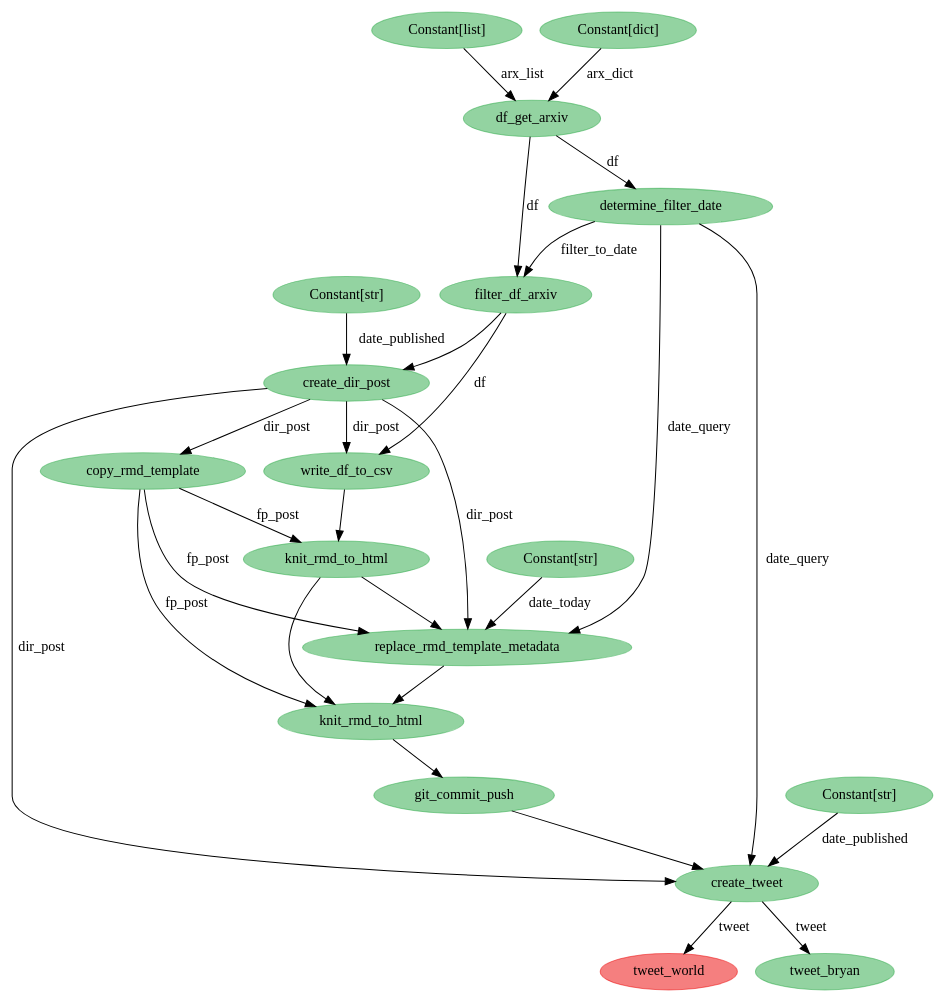
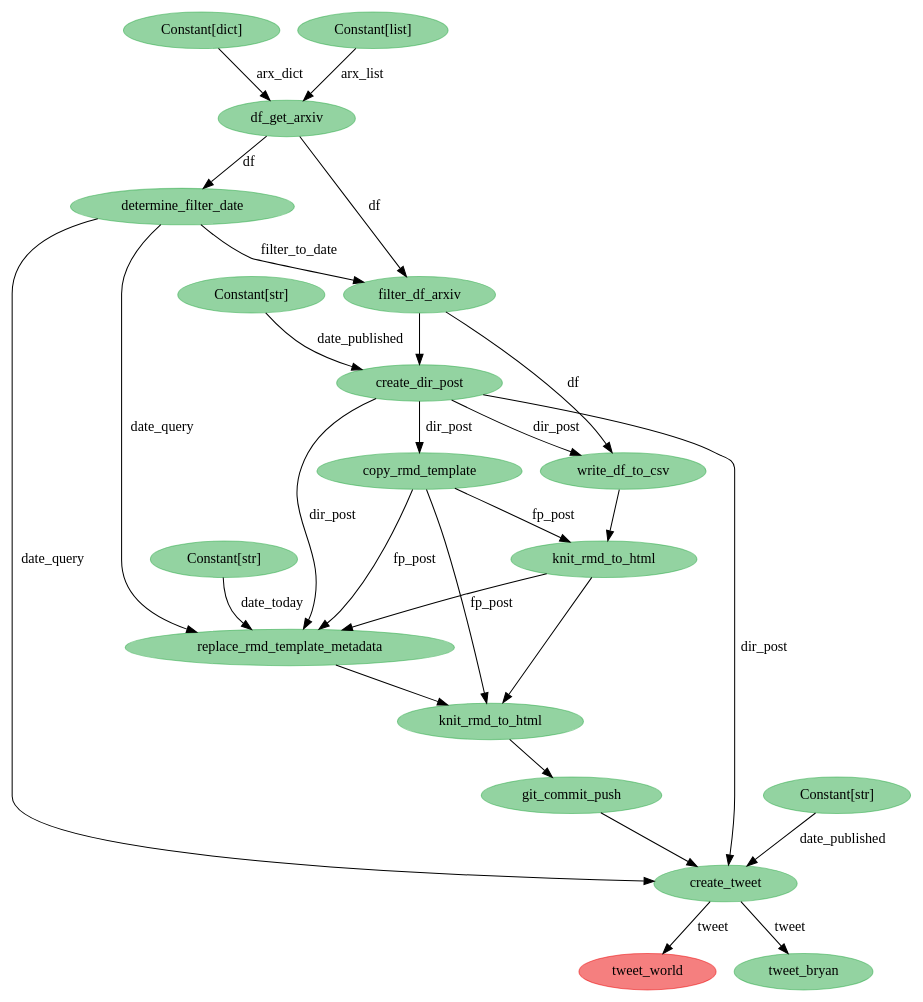
The diagram in python/state-viz.dot (bryanwhiting/ds-arxiv), drawn with Graphviz before and after one commit. The commit also changed 3 other files, not shown here.

```diff
--- a/python/state-viz.dot
+++ b/python/state-viz.dot
@@ -1,47 +1,47 @@
 digraph {
-	4544023184 [label=tweet_world color="#eb000080" colorscheme=svg shape=ellipse style=filled]
-	4544022288 [label=git_commit_push color="#28a74580" colorscheme=svg shape=ellipse style=filled]
-	4544021328 [label=replace_rmd_template_metadata color="#28a74580" colorscheme=svg shape=ellipse style=filled]
-	4544021392 [label="Constant[str]" color="#28a74580" colorscheme=svg shape=ellipse style=filled]
-	4544022992 [label=tweet_bryan color="#28a74580" colorscheme=svg shape=ellipse style=filled]
-	4543982224 [label=df_get_arxiv color="#28a74580" colorscheme=svg shape=ellipse style=filled]
-	4543982736 [label=filter_df_arxiv color="#28a74580" colorscheme=svg shape=ellipse style=filled]
-	4543981904 [label="Constant[list]" color="#28a74580" colorscheme=svg shape=ellipse style=filled]
-	4543982480 [label=determine_filter_date color="#28a74580" colorscheme=svg shape=ellipse style=filled]
-	4543982032 [label="Constant[dict]" color="#28a74580" colorscheme=svg shape=ellipse style=filled]
-	4543982864 [label=create_dir_post color="#28a74580" colorscheme=svg shape=ellipse style=filled]
-	4543983312 [label="Constant[str]" color="#28a74580" colorscheme=svg shape=ellipse style=filled]
-	4544020752 [label=write_df_to_csv color="#28a74580" colorscheme=svg shape=ellipse style=filled]
-	4544020880 [label=copy_rmd_template color="#28a74580" colorscheme=svg shape=ellipse style=filled]
-	4544021072 [label=knit_rmd_to_html color="#28a74580" colorscheme=svg shape=ellipse style=filled]
-	4544022544 [label=create_tweet color="#28a74580" colorscheme=svg shape=ellipse style=filled]
-	4544022608 [label="Constant[str]" color="#28a74580" colorscheme=svg shape=ellipse style=filled]
-	4544021968 [label=knit_rmd_to_html color="#28a74580" colorscheme=svg shape=ellipse style=filled]
-	4544020880 -> 4544021072 [label=fp_post]
-	4544020880 -> 4544021328 [label=fp_post]
-	4544020880 -> 4544021968 [label=fp_post]
-	4544022544 -> 4544023184 [label=tweet]
-	4543982032 -> 4543982224 [label=arx_dict]
-	4543983312 -> 4543982864 [label=date_published]
-	4543982864 -> 4544020752 [label=dir_post]
-	4543982480 -> 4543982736 [label=filter_to_date]
-	4543982864 -> 4544020880 [label=dir_post]
-	4543982480 -> 4544021328 [label=date_query]
-	4543982864 -> 4544022544 [label=dir_post]
-	4544022608 -> 4544022544 [label=date_published]
-	4544020752 -> 4544021072
-	4544021968 -> 4544022288
-	4544022544 -> 4544022992 [label=tweet]
-	4544021392 -> 4544021328 [label=date_today]
-	4543981904 -> 4543982224 [label=arx_list]
-	4543982864 -> 4544021328 [label=dir_post]
-	4543982480 -> 4544022544 [label=date_query]
-	4543982224 -> 4543982480 [label=df]
-	4543982224 -> 4543982736 [label=df]
-	4543982736 -> 4544020752 [label=df]
-	4543982736 -> 4543982864
-	4544021072 -> 4544021328
-	4544021072 -> 4544021968
-	4544021328 -> 4544021968
-	4544022288 -> 4544022544
+	4589447696 [label=tweet_world color="#eb000080" colorscheme=svg shape=ellipse style=filled]
+	4589447504 [label=tweet_bryan color="#28a74580" colorscheme=svg shape=ellipse style=filled]
+	4589446800 [label=git_commit_push color="#28a74580" colorscheme=svg shape=ellipse style=filled]
+	4589445840 [label=replace_rmd_template_metadata color="#28a74580" colorscheme=svg shape=ellipse style=filled]
+	4589445904 [label="Constant[str]" color="#28a74580" colorscheme=svg shape=ellipse style=filled]
+	4589447056 [label=create_tweet color="#28a74580" colorscheme=svg shape=ellipse style=filled]
+	4589447120 [label="Constant[str]" color="#28a74580" colorscheme=svg shape=ellipse style=filled]
+	4589402640 [label=df_get_arxiv color="#28a74580" colorscheme=svg shape=ellipse style=filled]
+	4589402896 [label=determine_filter_date color="#28a74580" colorscheme=svg shape=ellipse style=filled]
+	4589402448 [label="Constant[dict]" color="#28a74580" colorscheme=svg shape=ellipse style=filled]
+	4589403152 [label=filter_df_arxiv color="#28a74580" colorscheme=svg shape=ellipse style=filled]
+	4589402320 [label="Constant[list]" color="#28a74580" colorscheme=svg shape=ellipse style=filled]
+	4589403280 [label=create_dir_post color="#28a74580" colorscheme=svg shape=ellipse style=filled]
+	4589403856 [label="Constant[str]" color="#28a74580" colorscheme=svg shape=ellipse style=filled]
+	4589404112 [label=write_df_to_csv color="#28a74580" colorscheme=svg shape=ellipse style=filled]
+	4589445392 [label=copy_rmd_template color="#28a74580" colorscheme=svg shape=ellipse style=filled]
+	4589445584 [label=knit_rmd_to_html color="#28a74580" colorscheme=svg shape=ellipse style=filled]
+	4589446480 [label=knit_rmd_to_html color="#28a74580" colorscheme=svg shape=ellipse style=filled]
+	4589445392 -> 4589445584 [label=fp_post]
+	4589445392 -> 4589445840 [label=fp_post]
+	4589445392 -> 4589446480 [label=fp_post]
+	4589402320 -> 4589402640 [label=arx_list]
+	4589445904 -> 4589445840 [label=date_today]
+	4589402896 -> 4589447056 [label=date_query]
+	4589446480 -> 4589446800
+	4589403280 -> 4589445392 [label=dir_post]
+	4589403280 -> 4589447056 [label=dir_post]
+	4589447056 -> 4589447504 [label=tweet]
+	4589403152 -> 4589404112 [label=df]
+	4589402448 -> 4589402640 [label=arx_dict]
+	4589402640 -> 4589403152 [label=df]
+	4589402896 -> 4589403152 [label=filter_to_date]
+	4589403856 -> 4589403280 [label=date_published]
+	4589447120 -> 4589447056 [label=date_published]
+	4589402896 -> 4589445840 [label=date_query]
+	4589403152 -> 4589403280
+	4589404112 -> 4589445584
+	4589445584 -> 4589445840
+	4589445584 -> 4589446480
+	4589403280 -> 4589404112 [label=dir_post]
+	4589403280 -> 4589445840 [label=dir_post]
+	4589445840 -> 4589446480
+	4589446800 -> 4589447056
+	4589447056 -> 4589447696 [label=tweet]
+	4589402640 -> 4589402896 [label=df]
 }
```
